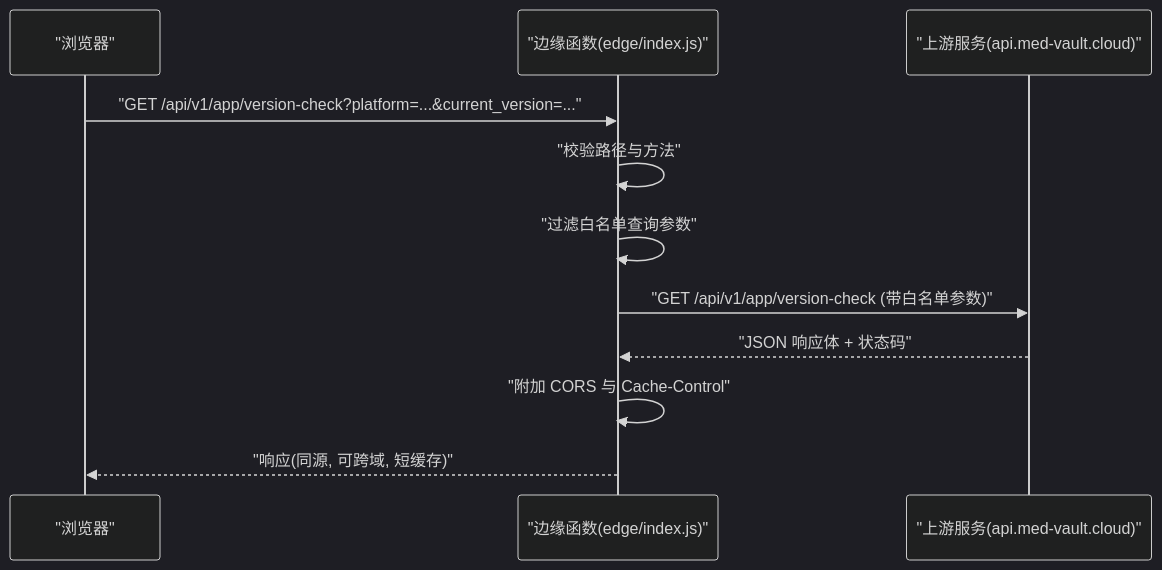
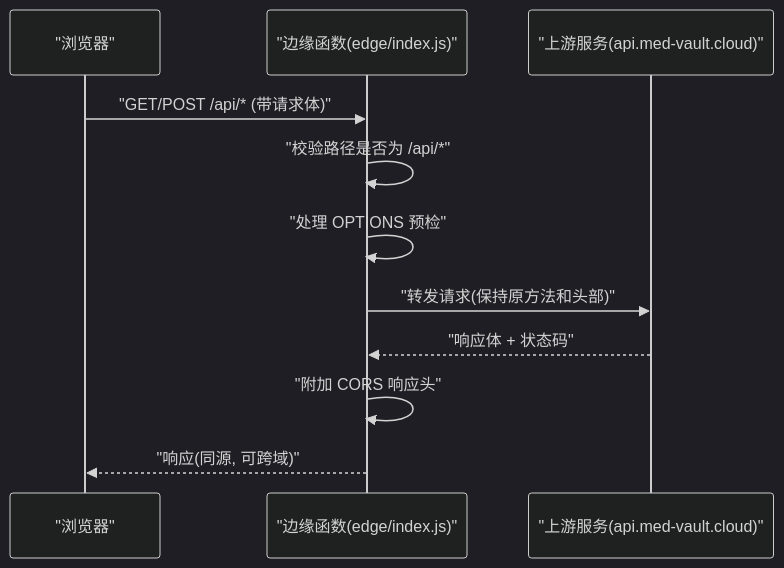
One commit to BlackWhiteBlock/med-vault-website changed the second of 5 diagrams in .qoder/repowiki/zh/content/架构设计/边缘函数系统.md. Above: the diagram before and after it, drawn with Mermaid (dark theme). The commit also changed other lines of this file and 4 other files, not shown here.

````diff
--- a/.qoder/repowiki/zh/content/架构设计/边缘函数系统.md
+++ b/.qoder/repowiki/zh/content/架构设计/边缘函数系统.md
@@ -79,13 +94,13 @@
 ```mermaid
 sequenceDiagram
 participant C as "浏览器"
 participant E as "边缘函数(edge/index.js)"
 participant S as "上游服务(api.med-vault.cloud)"
-C->>E : "GET /api/v1/app/version-check?platform=...&current_version=..."
-E->>E : "校验路径与方法"
-E->>E : "过滤白名单查询参数"
-E->>S : "GET /api/v1/app/version-check (带白名单参数)"
-S-->>E : "JSON 响应体 + 状态码"
-E->>E : "附加 CORS 与 Cache-Control"
-E-->>C : "响应(同源, 可跨域, 短缓存)"
+C->>E : "GET/POST /api/* (带请求体)"
+E->>E : "校验路径是否为 /api/*"
+E->>E : "处理 OPTIONS 预检"
+E->>S : "转发请求(保持原方法和头部)"
+S-->>E : "响应体 + 状态码"
+E->>E : "附加 CORS 响应头"
+E-->>C : "响应(同源, 可跨域)"
 ```
````
